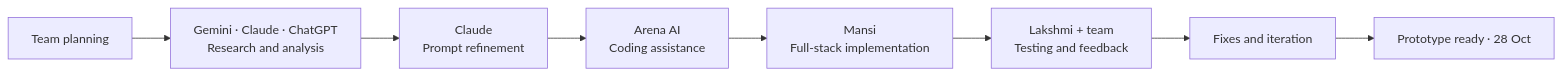
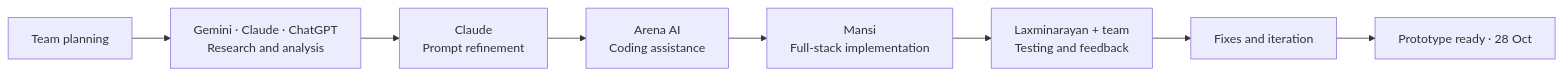
One commit to HackIndiaXYZ/ai-first-startup-hackathon-build-a-startup-using-ai-only-icode changed the third of 3 diagrams in AI_First_Startup_Hackathon_Journey/Icode_Team_Workflow/Team_workflow_timeline.md. Above: the diagram before and after it, drawn with Mermaid. The commit also changed 12 other files, not shown here.

````diff
--- a/AI_First_Startup_Hackathon_Journey/Icode_Team_Workflow/Team_workflow_timeline.md
+++ b/AI_First_Startup_Hackathon_Journey/Icode_Team_Workflow/Team_workflow_timeline.md
@@ -95,10 +95,10 @@
 ```mermaid
 flowchart LR
     A["Team planning"] --> B["Gemini · Claude · ChatGPT<br/>Research and analysis"]
     B --> C["Claude<br/>Prompt refinement"]
     C --> D["Arena AI<br/>Coding assistance"]
     D --> E["Mansi<br/>Full-stack implementation"]
-    E --> F["Lakshmi + team<br/>Testing and feedback"]
+    E --> F["Laxminarayan + team<br/>Testing and feedback"]
     F --> G["Fixes and iteration"]
     G --> H["Prototype ready · 28 Oct"]
 ```
````
